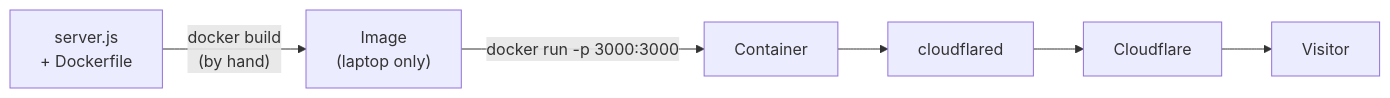
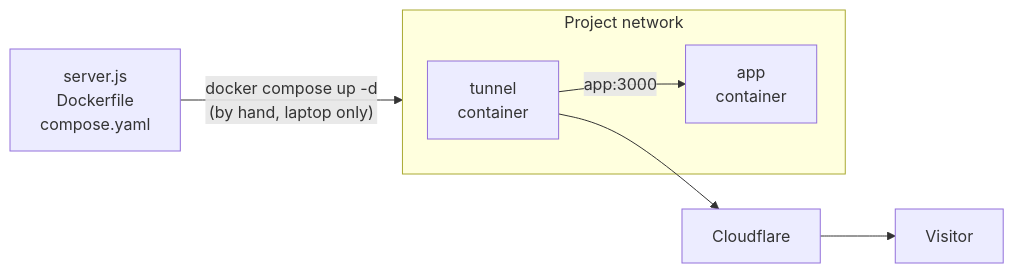
One commit to Bende-KBB/devops-lab changed the third of 3 diagrams in docs/pipeline.md. Above: the diagram before and after it, drawn with Mermaid. The commit also changed other lines of this file and 6 other files, not shown here.

````diff
--- a/docs/pipeline.md
+++ b/docs/pipeline.md
@@ -35,6 +35,8 @@
 ```mermaid
 flowchart LR
-    SRC["server.js<br/>+ Dockerfile"] -->|"docker build<br/>(by hand)"| IMG["Image<br/>(laptop only)"]
-    IMG -->|"docker run -p 3000:3000"| CTR["Container"]
-    CTR --> CFD["cloudflared"] --> EDGE["Cloudflare"] --> V["Visitor"]
+    SRC["server.js<br/>Dockerfile<br/>compose.yaml"] -->|"docker compose up -d<br/>(by hand, laptop only)"| NET
+    subgraph NET["Project network"]
+        TUN["tunnel<br/>container"] -->|"app:3000"| APP["app<br/>container"]
+    end
+    TUN --> EDGE["Cloudflare"] --> V["Visitor"]
 ```
````
